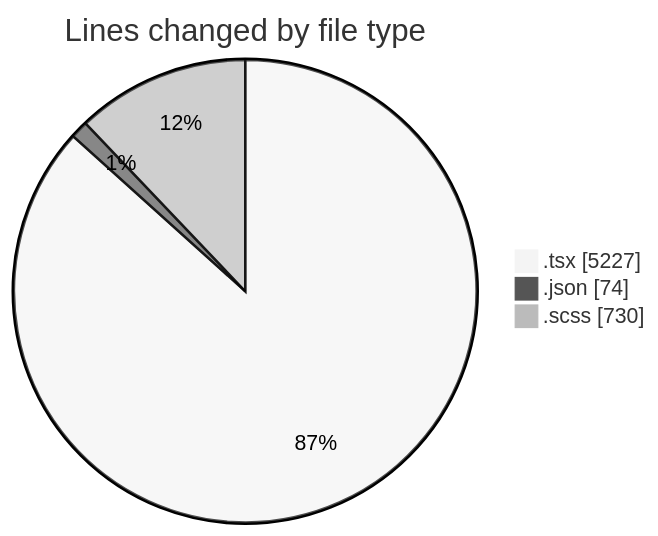
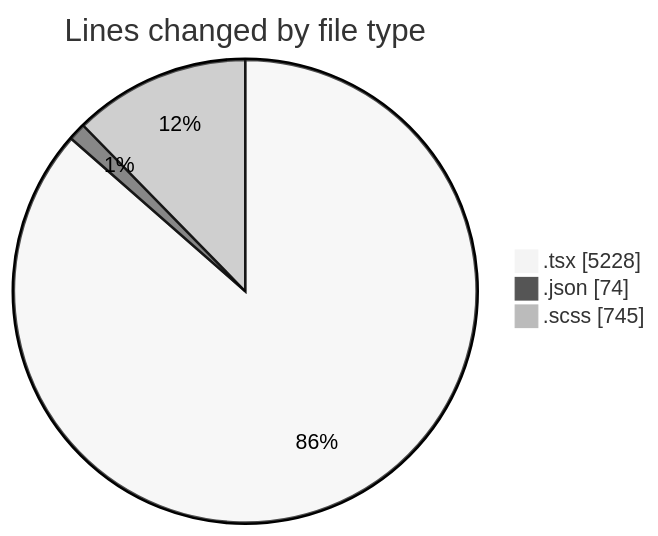
One commit to momahboobian/code-tracking changed the first of 2 diagrams in 2025-04-08/cda/README.md. Above: the diagram before and after it, drawn with Mermaid (neutral theme). The commit also changed other lines of this file and 1 other file, not shown here.

````diff
--- a/2025-04-08/cda/README.md
+++ b/2025-04-08/cda/README.md
@@ -36,7 +36,7 @@
 ```mermaid
 pie showData
 title Lines changed by file type
-".tsx" : 5227
+".tsx" : 5228
 ".json" : 74
-".scss" : 730
+".scss" : 745
 ```
````
